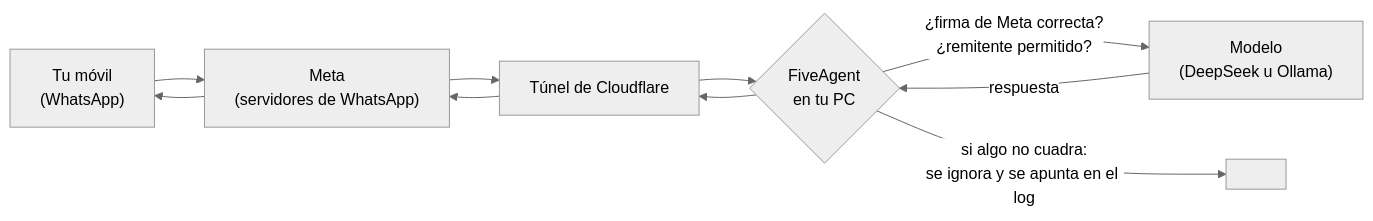
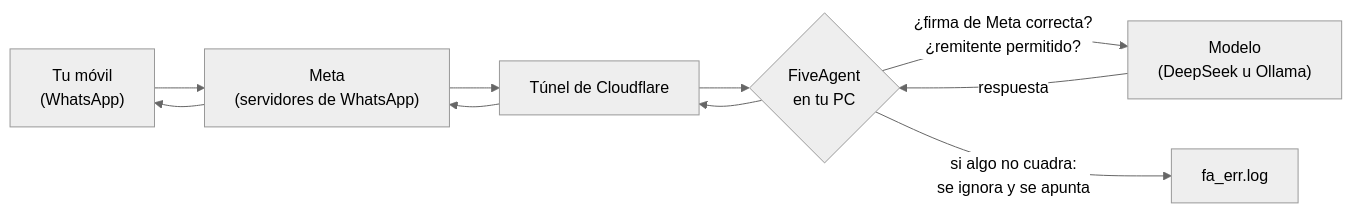
The diagram in docs/whatsapp.md (FiveTechSoft/FiveAgent), drawn with Mermaid (neutral theme) before and after one commit.

````diff
--- a/docs/whatsapp.md
+++ b/docs/whatsapp.md
@@ -15,12 +15,12 @@
 ```mermaid
 flowchart LR
     A["Tu móvil<br>(WhatsApp)"] --> B["Meta<br>(servidores de WhatsApp)"]
     B --> C["Túnel de Cloudflare"]
     C --> D{"FiveAgent<br>en tu PC"}
     D -->|"¿firma de Meta correcta?<br>¿remitente permitido?"| E["Modelo<br>(DeepSeek u Ollama)"]
-    D -->|"si algo no cuadra:<br>se ignora y se apunta en el log"| X[" "]
+    D -->|"si algo no cuadra:<br>se ignora y se apunta"| X["fa_err.log"]
     E -->|"respuesta"| D
     D --> C
     C --> B
     B --> A
 ```
````
